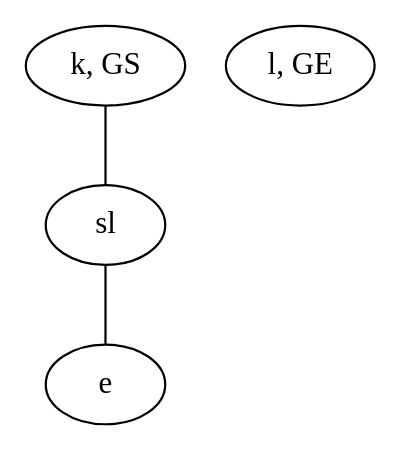
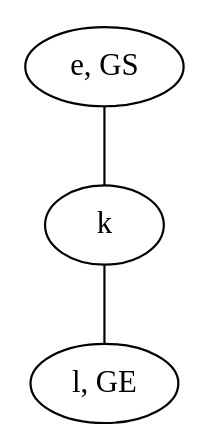
One commit to schrum2/MM-NEAT changed the diagram in data/VGLC/Zelda/rules/1/8_K-L.dot. Above: the diagram before and after it, drawn with Graphviz. The commit also changed 34 other files, not shown here.

```diff
--- a/data/VGLC/Zelda/rules/1/8_K-L.dot
+++ b/data/VGLC/Zelda/rules/1/8_K-L.dot
@@ -1,8 +1,7 @@
 graph {
-KjSh [label="k, GS"]
-HkNM [label="l, GE"]
-DfBe [label="sl"]
-BYzB [label="e"]
-KjSh -- DfBe
-DfBe -- BYzB
+MPAb [label="e, GS"]
+QCSV [label="l, GE"]
+wsxu [label="k"]
+MPAb -- wsxu
+wsxu -- QCSV
 }
```
